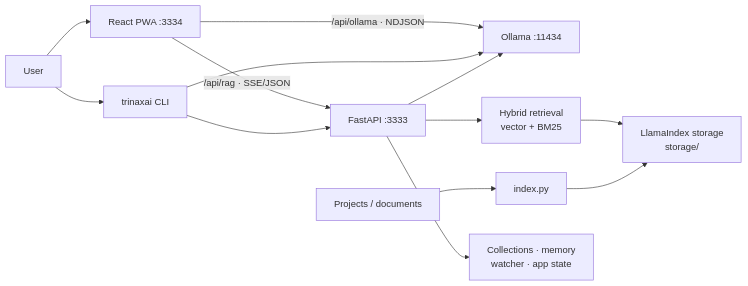
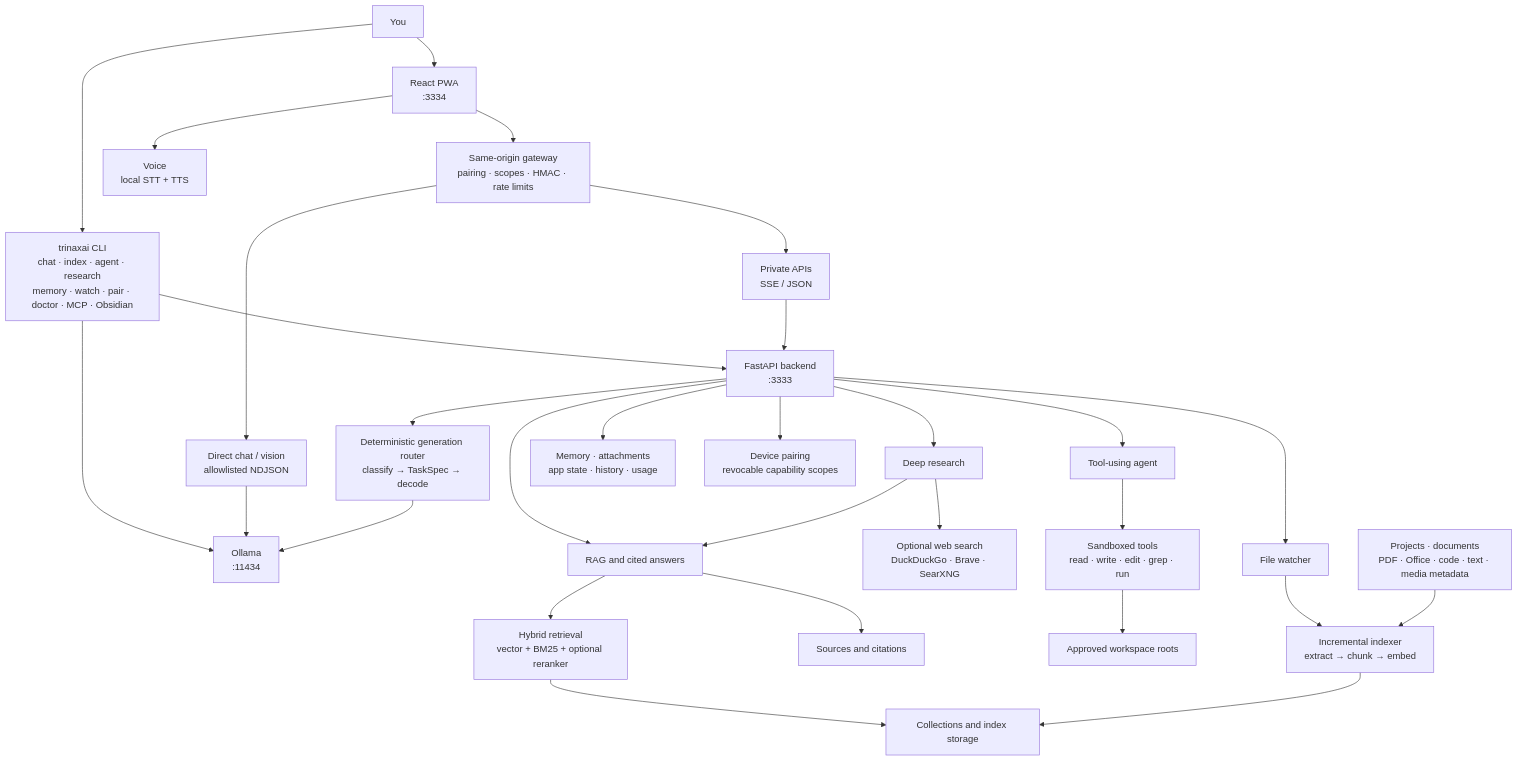
The diagram in README.md (TrinaxCode/TrinaxAI), drawn with Mermaid before and after one commit. The commit also changed other lines of this file and 37 other files, not shown here.

````diff
--- a/README.md
+++ b/README.md
@@ -75,15 +177,33 @@
 ```mermaid
-flowchart LR
-  U["User"] --> PWA["React PWA :3334"]
-  U --> CLI["trinaxai CLI"]
-  PWA -->|"/api/ollama · NDJSON"| OL["Ollama :11434"]
-  PWA -->|"/api/rag · SSE/JSON"| API["FastAPI :3333"]
+flowchart TB
+  U["You"] --> PWA["React PWA<br/>:3334"]
+  U --> CLI["trinaxai CLI<br/>chat · index · agent · research<br/>memory · watch · pair · doctor · MCP · Obsidian"]
+  PWA --> GW["Same-origin gateway<br/>pairing · scopes · HMAC · rate limits"]
   CLI --> API
   CLI --> OL
-  API --> R["Hybrid retrieval<br/>vector + BM25"]
-  R --> S["LlamaIndex storage<br/>storage/"]
-  API --> OL
-  IDX["index.py"] --> S
-  SRC["Projects / documents"] --> IDX
-  API --> DATA["Collections · memory<br/>watcher · app state"]
+  GW --> DIRECT["Direct chat / vision<br/>allowlisted NDJSON"]
+  DIRECT --> OL["Ollama<br/>:11434"]
+  GW --> PRIVATE["Private APIs<br/>SSE / JSON"]
+  PRIVATE --> API["FastAPI backend<br/>:3333"]
+
+  API --> ROUTER["Deterministic generation router<br/>classify → TaskSpec → decode"]
+  ROUTER --> OL
+  API --> RAG["RAG and cited answers"]
+  RAG --> RETRIEVE["Hybrid retrieval<br/>vector + BM25 + optional reranker"]
+  RETRIEVE --> STORE["Collections and index storage"]
+  RAG --> CITE["Sources and citations"]
+  API --> RESEARCH["Deep research"]
+  RESEARCH --> RAG
+  RESEARCH --> WEB["Optional web search<br/>DuckDuckGo · Brave · SearXNG"]
+
+  API --> AGENT["Tool-using agent"]
+  AGENT --> TOOLS["Sandboxed tools<br/>read · write · edit · grep · run"]
+  TOOLS --> WS["Approved workspace roots"]
+  API --> DATA["Memory · attachments<br/>app state · history · usage"]
+  API --> PAIR["Device pairing<br/>revocable capability scopes"]
+  API --> WATCH["File watcher"]
+  WATCH --> INDEX["Incremental indexer<br/>extract → chunk → embed"]
+  SRC["Projects · documents<br/>PDF · Office · code · text · media metadata"] --> INDEX
+  INDEX --> STORE
+  PWA --> VOICE["Voice<br/>local STT + TTS"]
 ```
````
